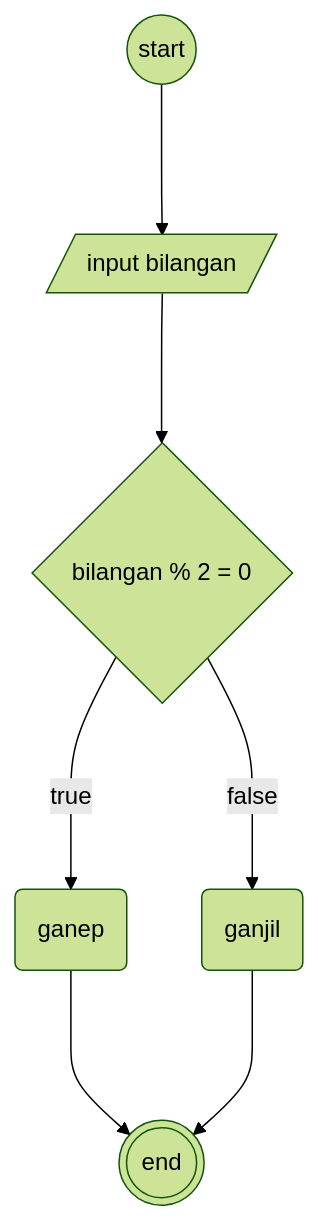
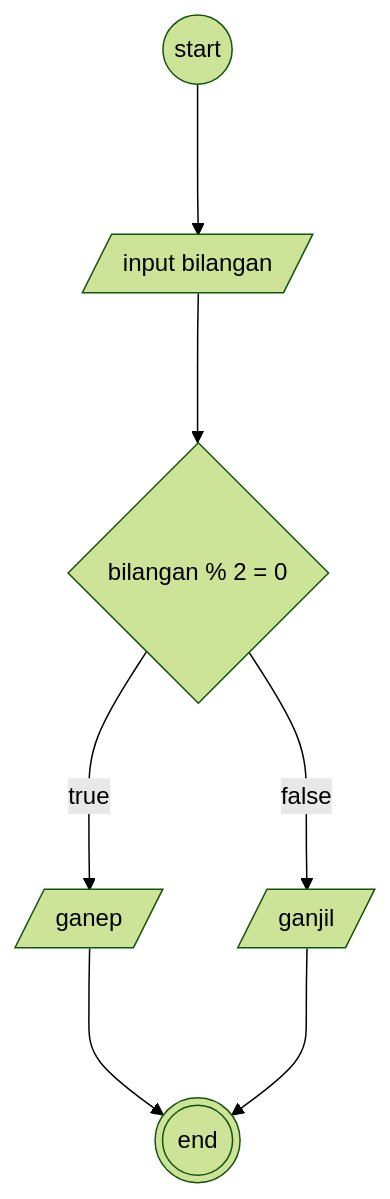
One commit to ghifar1327/koda-b4-algoritma changed the diagram in minitask4.md. Above: the diagram before and after it, drawn with Mermaid (forest theme). The commit also changed other lines of this file and 7 other files, not shown here.

````diff
--- a/minitask4.md
+++ b/minitask4.md
@@ -3,9 +3,9 @@
 ```mermaid
 flowchart TB
 a((start))---> b[/input bilangan/]
 b--->c{bilangan % 2 = 0}
-c--->|true|e(ganep)
-c--->|false|d(ganjil)
+c--->|true|e[/ganep/]
+c--->|false|d[/ganjil/]
 e--->f(((end)))
 d--->f
 ```
````
